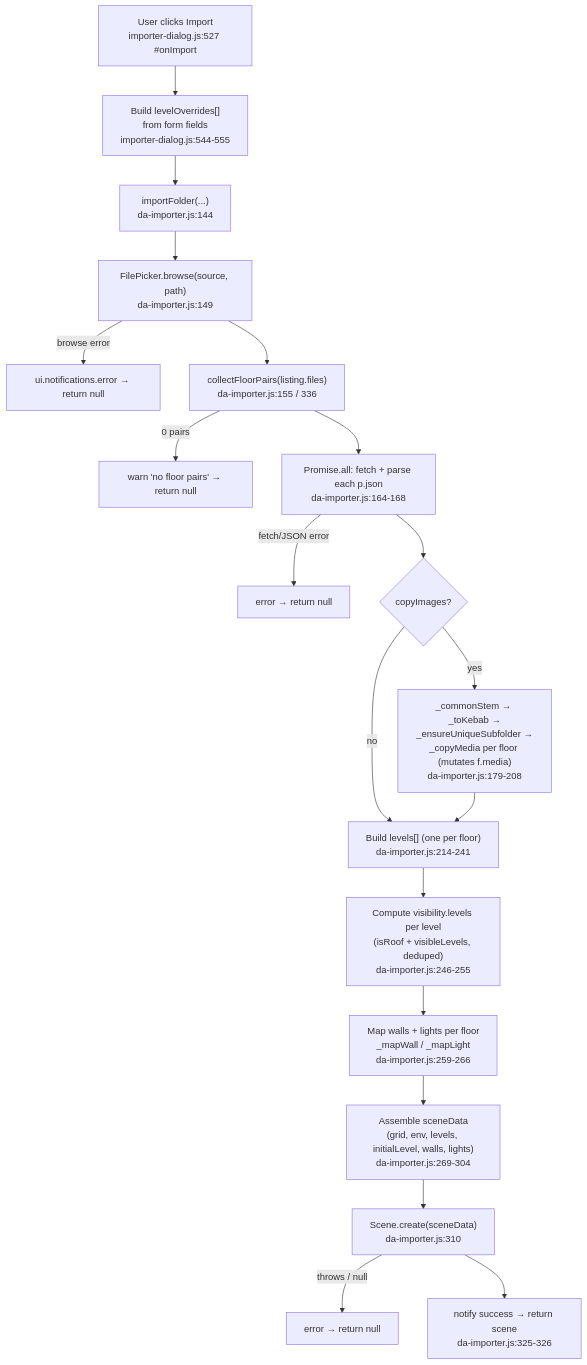
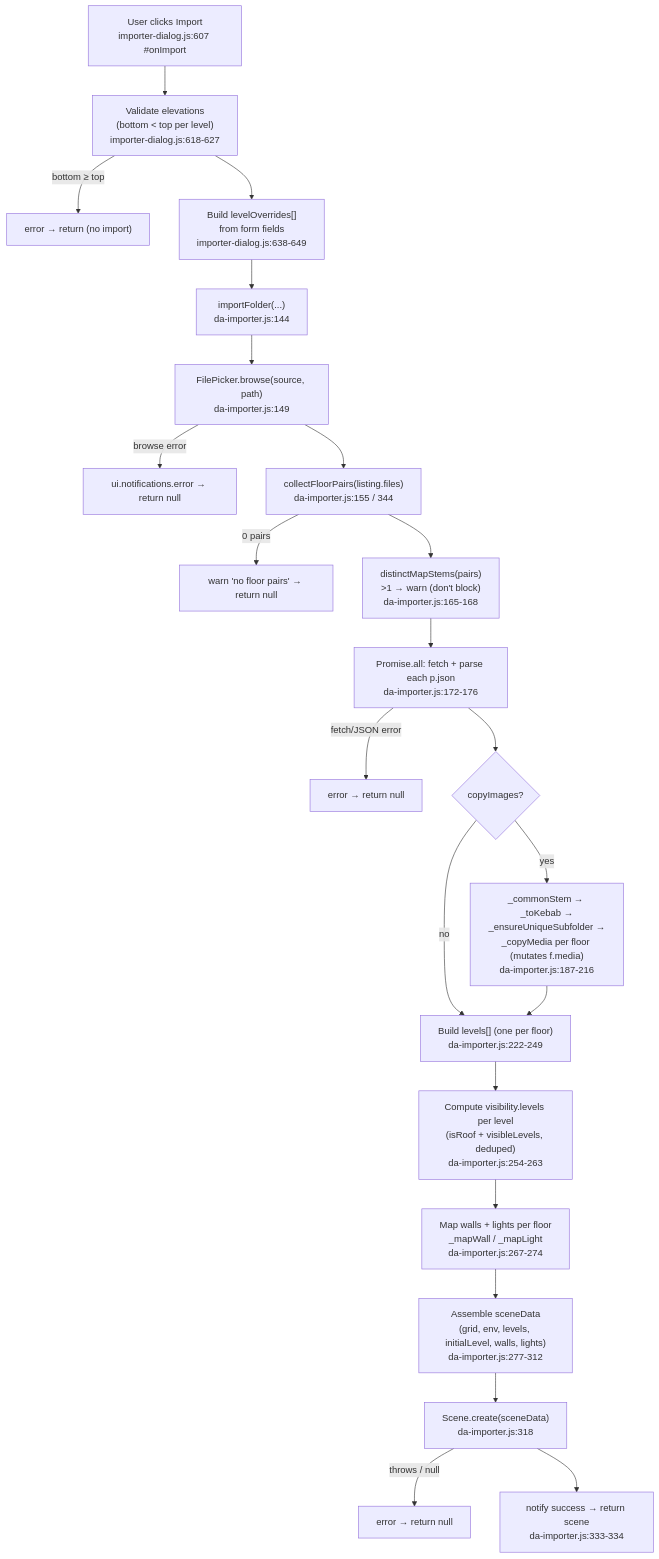
One commit to keyxmakerx/da-level-importer changed the second of 3 diagrams in docs/ARCHITECTURE.md. Above: the diagram before and after it, drawn with Mermaid. The commit also changed other lines of this file, not shown here.

First line of the commit message:
docs: refresh ARCHITECTURE.md for v0.0.6

````diff
--- a/docs/ARCHITECTURE.md
+++ b/docs/ARCHITECTURE.md
@@ -150,24 +150,27 @@
 ```mermaid
 flowchart TD
-  U["User clicks Import<br/>importer-dialog.js:527 #onImport"] --> OV["Build levelOverrides[]<br/>from form fields<br/>importer-dialog.js:544-555"]
+  U["User clicks Import<br/>importer-dialog.js:607 #onImport"] --> EV["Validate elevations<br/>(bottom < top per level)<br/>importer-dialog.js:618-627"]
+  EV -->|bottom ≥ top| ERRV["error → return (no import)"]
+  EV --> OV["Build levelOverrides[]<br/>from form fields<br/>importer-dialog.js:638-649"]
   OV --> IF["importFolder(...)<br/>da-importer.js:144"]
 
   IF --> BR["FilePicker.browse(source, path)<br/>da-importer.js:149"]
   BR -->|browse error| ERR1["ui.notifications.error → return null"]
-  BR --> CFP["collectFloorPairs(listing.files)<br/>da-importer.js:155 / 336"]
+  BR --> CFP["collectFloorPairs(listing.files)<br/>da-importer.js:155 / 344"]
   CFP -->|0 pairs| ERR2["warn 'no floor pairs' → return null"]
-  CFP --> FETCH["Promise.all: fetch + parse each p.json<br/>da-importer.js:164-168"]
+  CFP --> MIX["distinctMapStems(pairs)<br/>>1 → warn (don't block)<br/>da-importer.js:165-168"]
+  MIX --> FETCH["Promise.all: fetch + parse each p.json<br/>da-importer.js:172-176"]
   FETCH -->|fetch/JSON error| ERR3["error → return null"]
 
   FETCH --> COPY{copyImages?}
-  COPY -->|yes| CP["_commonStem → _toKebab →<br/>_ensureUniqueSubfolder →<br/>_copyMedia per floor (mutates f.media)<br/>da-importer.js:179-208"]
+  COPY -->|yes| CP["_commonStem → _toKebab →<br/>_ensureUniqueSubfolder →<br/>_copyMedia per floor (mutates f.media)<br/>da-importer.js:187-216"]
   COPY -->|no| LV
-  CP --> LV["Build levels[] (one per floor)<br/>da-importer.js:214-241"]
+  CP --> LV["Build levels[] (one per floor)<br/>da-importer.js:222-249"]
 
-  LV --> VIS["Compute visibility.levels per level<br/>(isRoof + visibleLevels, deduped)<br/>da-importer.js:246-255"]
-  VIS --> WL["Map walls + lights per floor<br/>_mapWall / _mapLight<br/>da-importer.js:259-266"]
-  WL --> SD["Assemble sceneData<br/>(grid, env, levels, initialLevel, walls, lights)<br/>da-importer.js:269-304"]
-  SD --> SC["Scene.create(sceneData)<br/>da-importer.js:310"]
+  LV --> VIS["Compute visibility.levels per level<br/>(isRoof + visibleLevels, deduped)<br/>da-importer.js:254-263"]
+  VIS --> WL["Map walls + lights per floor<br/>_mapWall / _mapLight<br/>da-importer.js:267-274"]
+  WL --> SD["Assemble sceneData<br/>(grid, env, levels, initialLevel, walls, lights)<br/>da-importer.js:277-312"]
+  SD --> SC["Scene.create(sceneData)<br/>da-importer.js:318"]
   SC -->|throws / null| ERR4["error → return null"]
-  SC --> OK["notify success → return scene<br/>da-importer.js:325-326"]
+  SC --> OK["notify success → return scene<br/>da-importer.js:333-334"]
 ```
````
